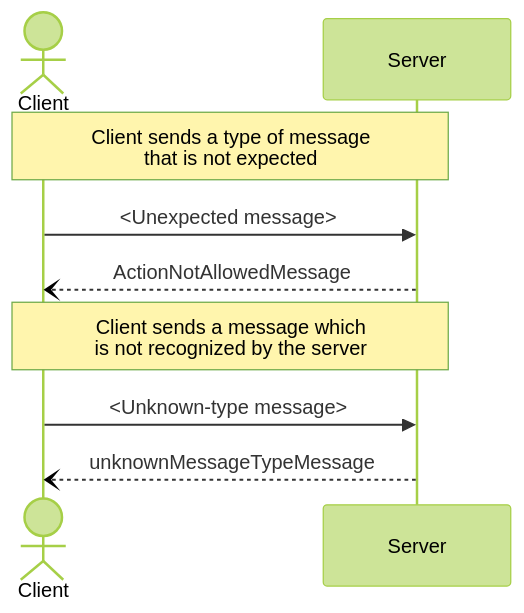
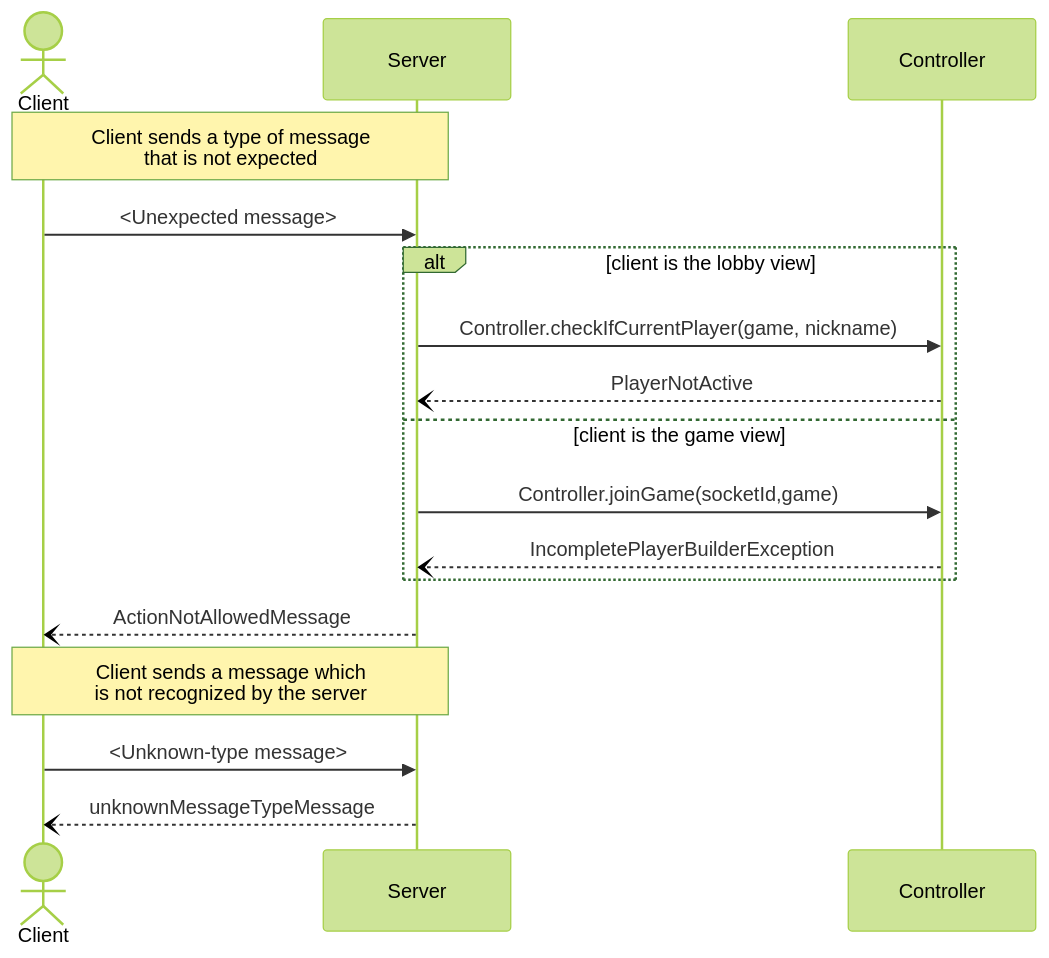
The second of 6 diagrams in documentation_wip/network_protocol.md (frephs/IS24-AM21), drawn with Mermaid (forest theme) before and after one commit.

Commit message:
feat(): add controller calls to sequence diagram

````diff
--- a/documentation_wip/network_protocol.md
+++ b/documentation_wip/network_protocol.md
@@ -29,12 +29,21 @@
 ```mermaid
 sequenceDiagram
     actor Client
 
     Note over Client,Server: Client sends a type of message <br> that is not expected 
     Client ->> Server: <Unexpected message>
+    alt client is the lobby view
+    Server ->> Controller : Controller.checkIfCurrentPlayer(game, nickname)
+    Controller --) Server : PlayerNotActive
+
+    else client is the game view 
+    Server ->> Controller : Controller.joinGame(socketId,game)
+    Controller --) Server : IncompletePlayerBuilderException
+    end
     Server --) Client: ActionNotAllowedMessage 
+
 
     Note over Client,Server: Client sends a message which <br>is not recognized by the server
     Client ->> Server: <Unknown-type message>
     Server --)  Client : unknownMessageTypeMessage
 ```
````
